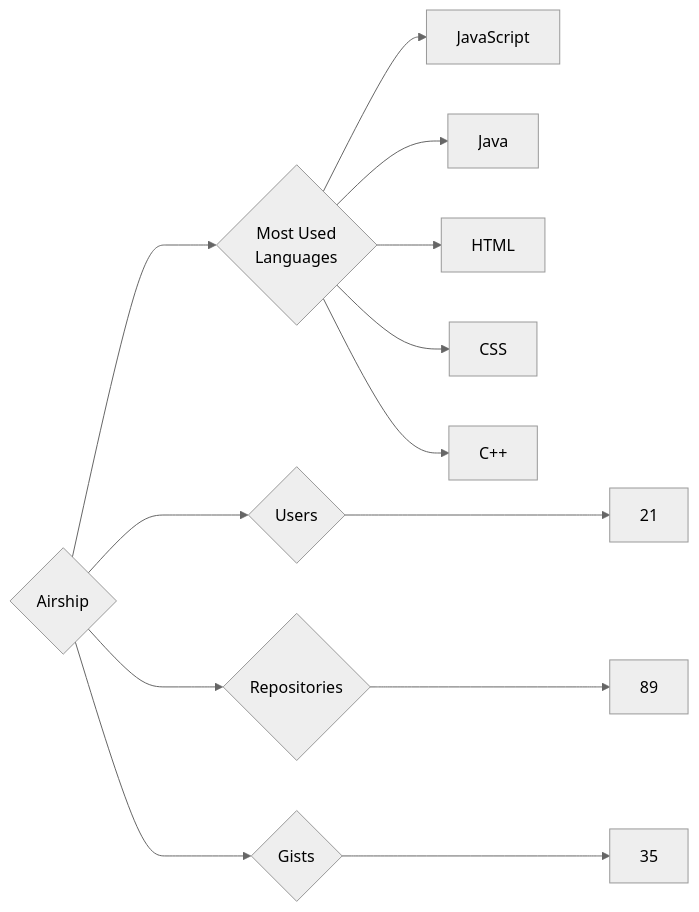
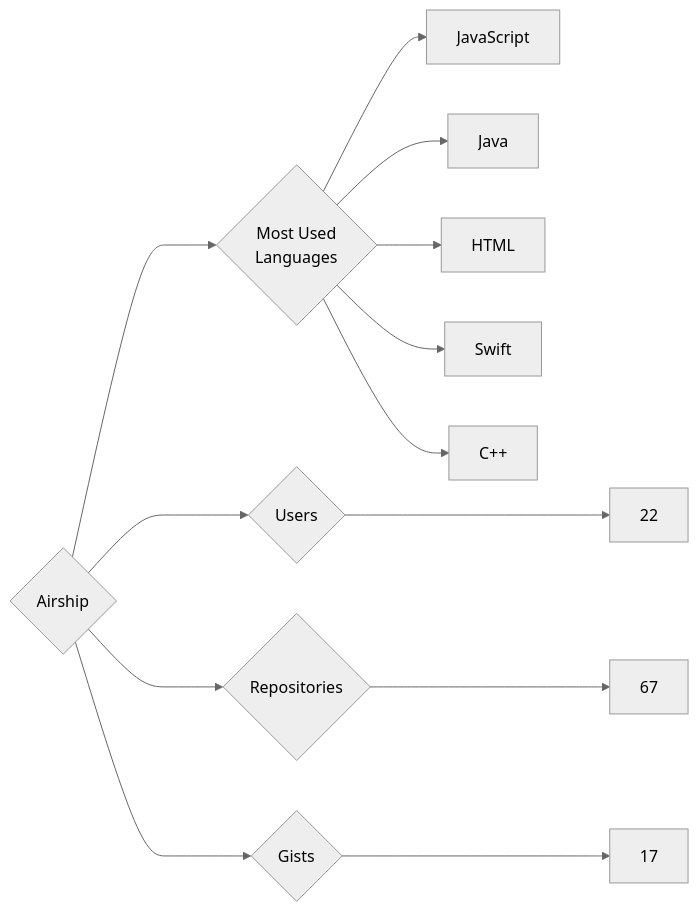
Before and after one commit to trickest/insiders: the diagram in targets/Airship/README.md, drawn with Mermaid (neutral theme). The commit also changed 930 other files, not shown here.

````diff
--- a/targets/Airship/README.md
+++ b/targets/Airship/README.md
@@ -3,13 +3,13 @@
 ```mermaid
 graph LR
 COMPANY_NAME{Airship}
-COMPANY_NAME ---> U{Users} ---> UN[21]
-COMPANY_NAME ---> R{Repositories} ---> RN[89]
-COMPANY_NAME ---> G{Gists} ---> GN[35]
+COMPANY_NAME ---> U{Users} ---> UN[22]
+COMPANY_NAME ---> R{Repositories} ---> RN[67]
+COMPANY_NAME ---> G{Gists} ---> GN[17]
 COMPANY_NAME ---> ML{Most Used<br>Languages}
 ML --> JavaScript[JavaScript]
 ML --> Java[Java]
 ML --> HTML[HTML]
-ML --> CSS[CSS]
+ML --> Swift[Swift]
 ML --> C++[C++]
 ```
````
